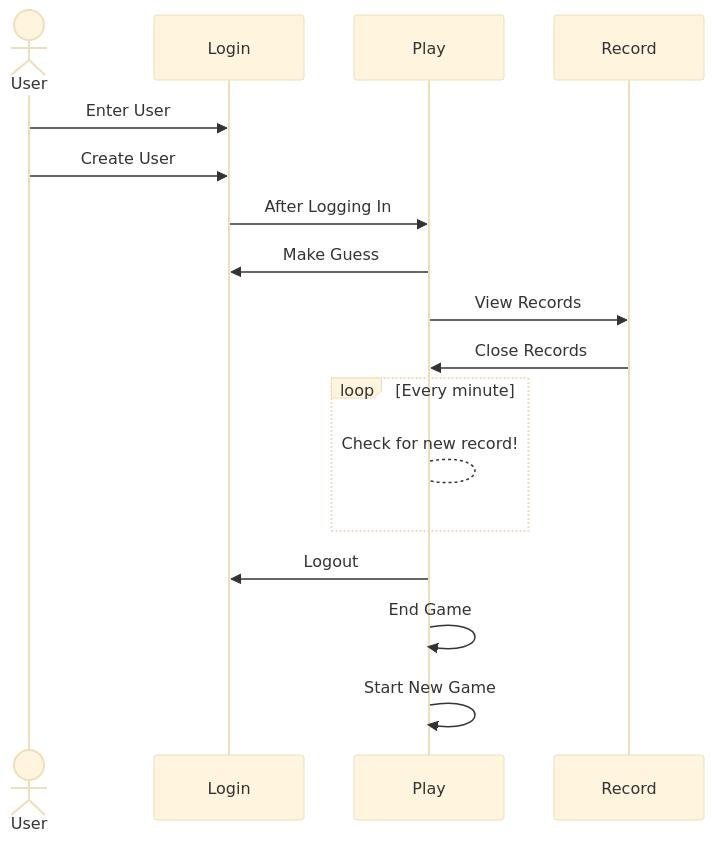
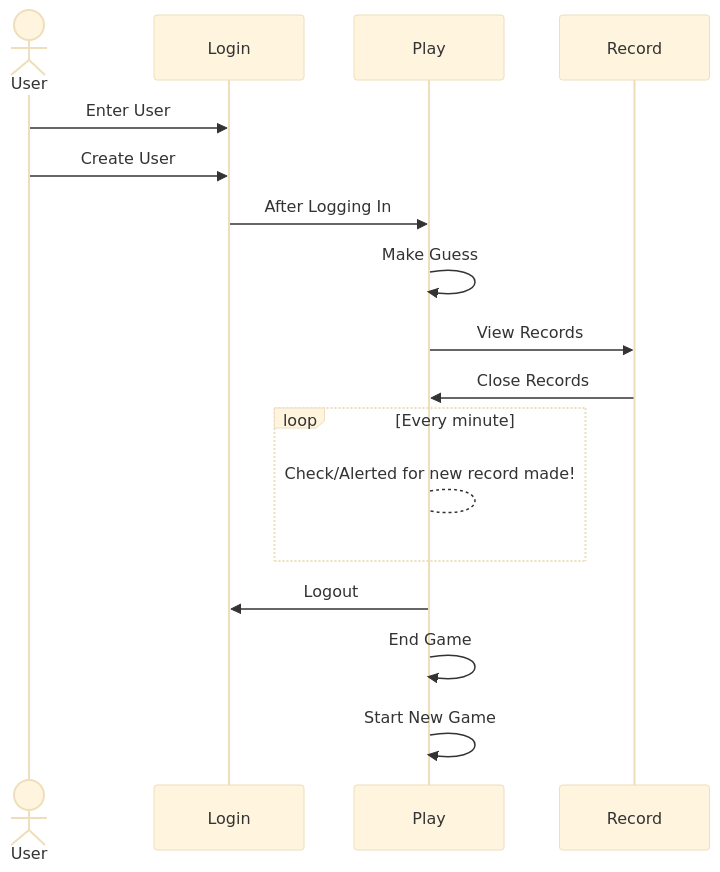
Before and after one commit to rhubba4863/startup: the diagram in README.md, drawn with Mermaid (base theme).

Commit message:
Update README.md
Finished program chart

````diff
--- a/README.md
+++ b/README.md
@@ -23,22 +23,22 @@
 ```mermaid
 sequenceDiagram
     actor A as User
     participant L as Login
     participant P as Play
     participant R as Record
     A->>L: Enter User
     A->>L: Create User
     L->>P: After Logging In
 
-    P->>L: Make Guess
+    P->>P: Make Guess
     P->>R: View Records
     R->>P: Close Records
 
     loop Every minute
-        P-->P: Check for new record!
+        P-->P: Check/Alerted for new record made!
     end
 
     P->>L: Logout
     P->>P: End Game
     P->>P: Start New Game
 ```
````
